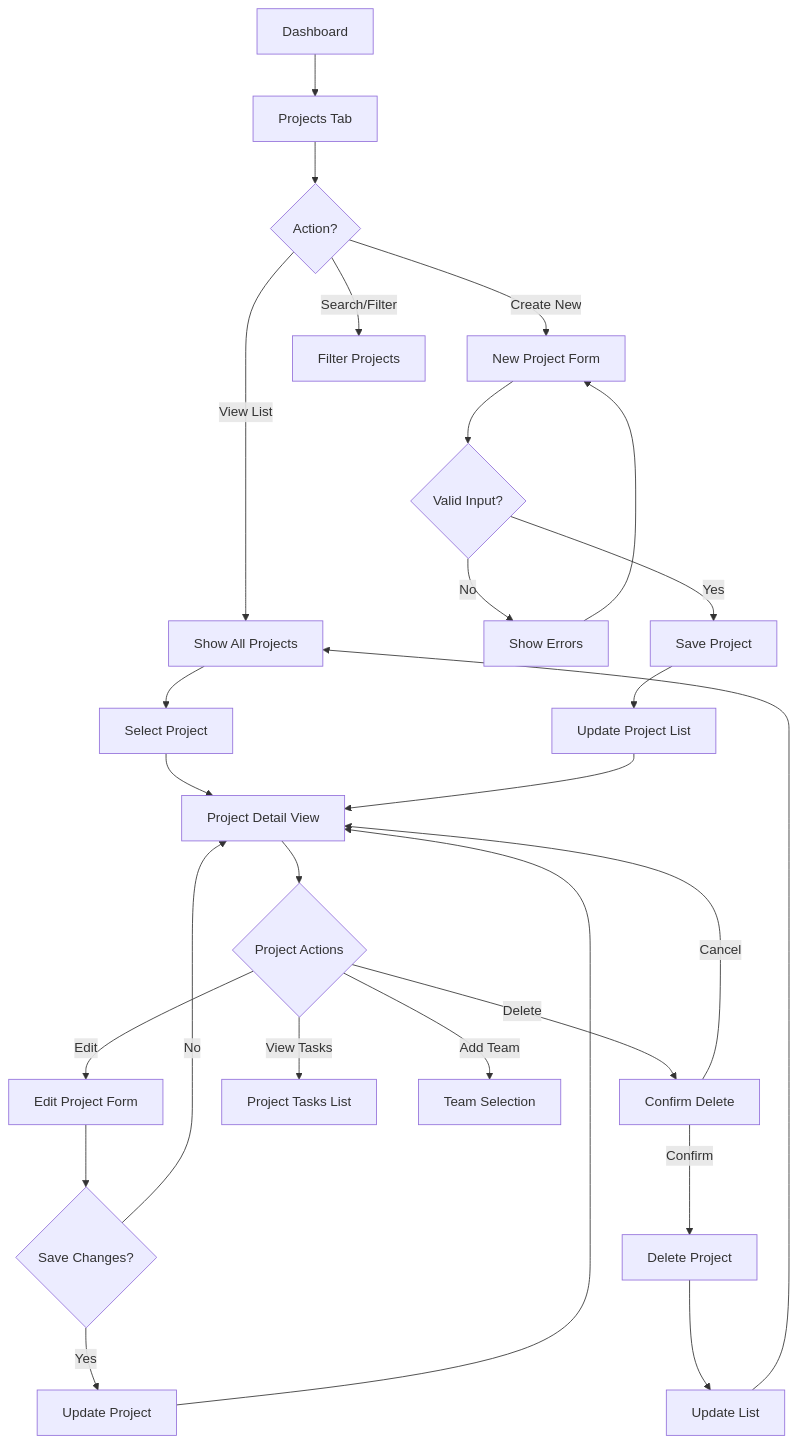
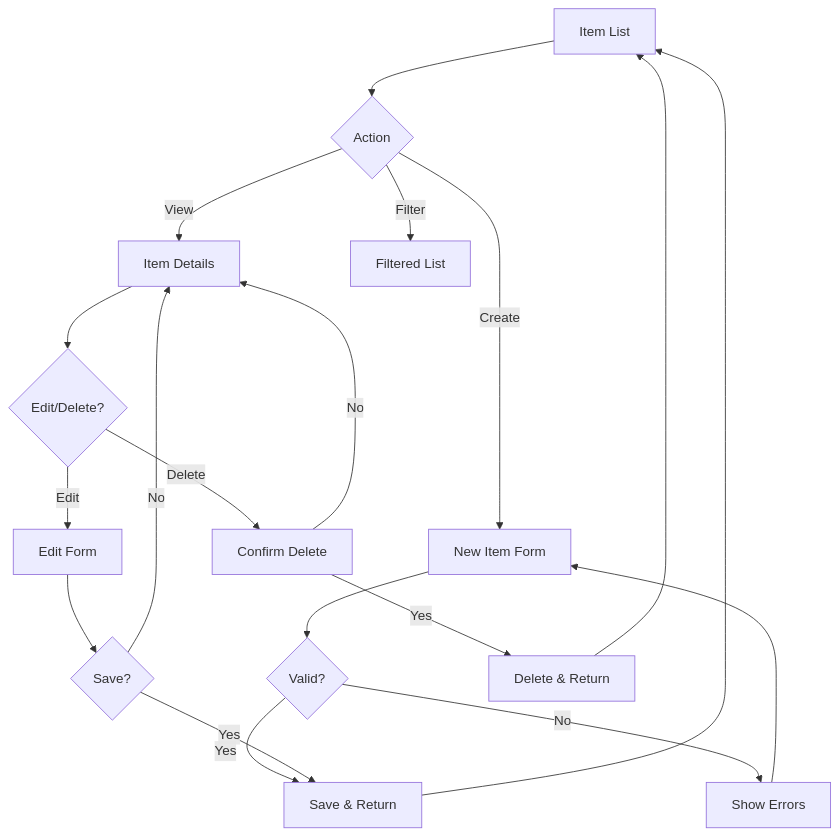
The second of 5 diagrams in workflow.md (stefanus-ronald/proker), drawn with Mermaid before and after one commit. The commit also changed other lines of this file and 21 other files, not shown here.

````diff
--- a/workflow.md
+++ b/workflow.md
@@ -37,35 +24,27 @@
 ```mermaid
 flowchart TD
-    A[Dashboard] --> B[Projects Tab]
-    B --> C{Action?}
+    A[Item List] --> B{Action}
     
-    C -->|View List| D[Show All Projects]
-    C -->|Create New| E[New Project Form]
-    C -->|Search/Filter| F[Filter Projects]
+    B -->|View| C[Item Details]
+    B -->|Create| D[New Item Form]
+    B -->|Filter| E[Filtered List]
     
-    D --> G[Select Project]
-    G --> H[Project Detail View]
+    C --> F{Edit/Delete?}
+    F -->|Edit| G[Edit Form]
+    F -->|Delete| H[Confirm Delete]
     
-    H --> I{Project Actions}
-    I -->|Edit| J[Edit Project Form]
-    I -->|Delete| K[Confirm Delete]
-    I -->|View Tasks| L[Project Tasks List]
-    I -->|Add Team| M[Team Selection]
+    D --> I{Valid?}
+    I -->|No| J[Show Errors]
+    J --> D
+    I -->|Yes| K[Save & Return]
     
-    E --> N{Valid Input?}
-    N -->|No| O[Show Errors]
-    O --> E
-    N -->|Yes| P[Save Project]
-    P --> Q[Update Project List]
-    Q --> H
+    G --> L{Save?}
+    L -->|Yes| K
+    L -->|No| C
     
-    J --> R{Save Changes?}
-    R -->|Yes| S[Update Project]
-    R -->|No| H
-    S --> H
+    H -->|Yes| M[Delete & Return]
+    H -->|No| C
     
-    K -->|Confirm| T[Delete Project]
-    K -->|Cancel| H
-    T --> U[Update List]
-    U --> D
+    K --> A
+    M --> A
 ```
````
